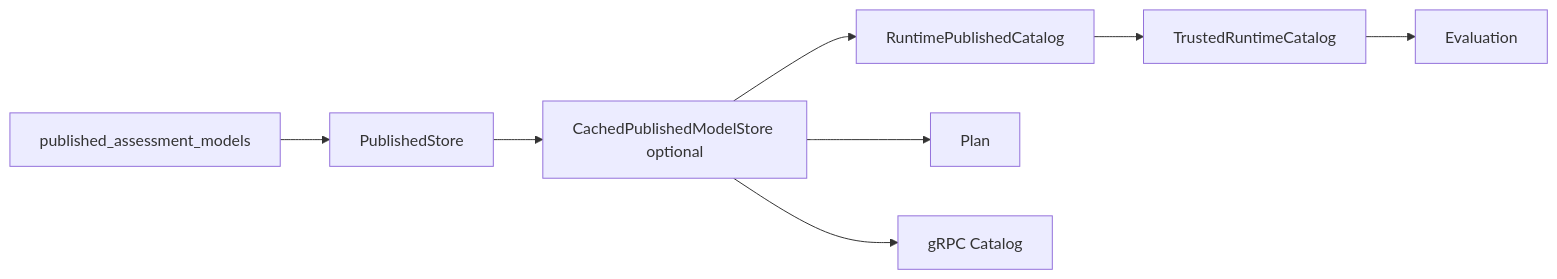
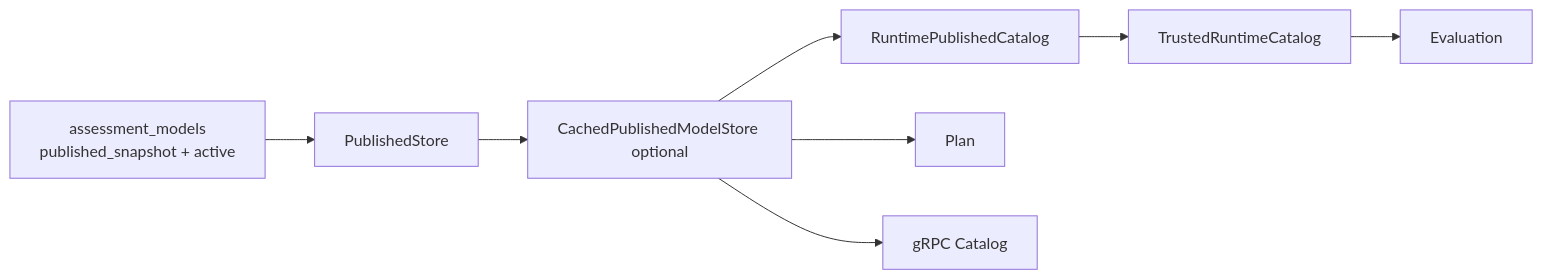
Before and after one commit to FangcunMount/qs-server: the first of 2 diagrams in docs/02-业务模块/20-model-catalog/31-关键链路-已发布模型解析与消费.md, drawn with Mermaid. The commit also changed other lines of this file and 48 other files, not shown here.

````diff
--- a/docs/02-业务模块/20-model-catalog/31-关键链路-已发布模型解析与消费.md
+++ b/docs/02-业务模块/20-model-catalog/31-关键链路-已发布模型解析与消费.md
@@ -27,16 +27,16 @@
 ```mermaid
 flowchart LR
-    M["published_assessment_models"]
+    M["assessment_models<br/>published_snapshot + active"]
     S["PublishedStore"]
     C["CachedPublishedModelStore optional"]
     R["RuntimePublishedCatalog"]
     T["TrustedRuntimeCatalog"]
     E["Evaluation"]
     P["Plan"]
     G["gRPC Catalog"]
 
     M --> S --> C --> R --> T
     T --> E
     C --> P
     C --> G
 ```
````
